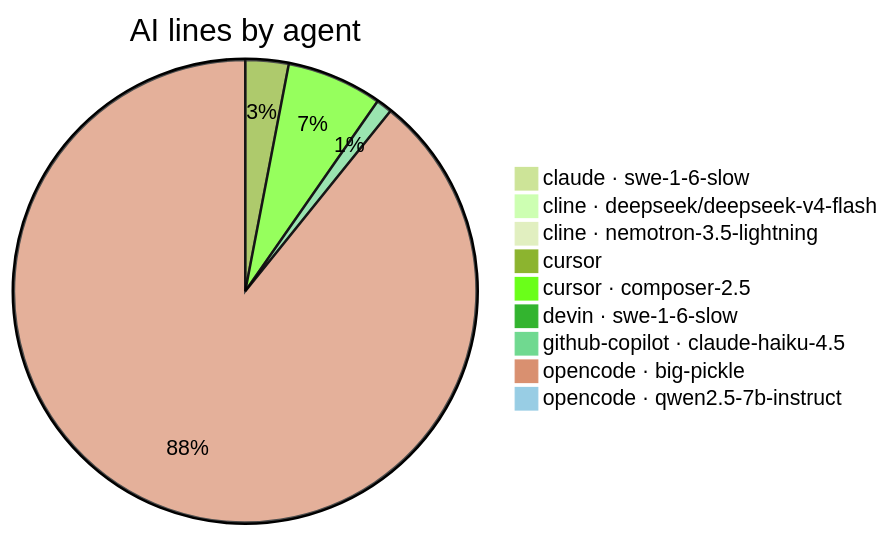
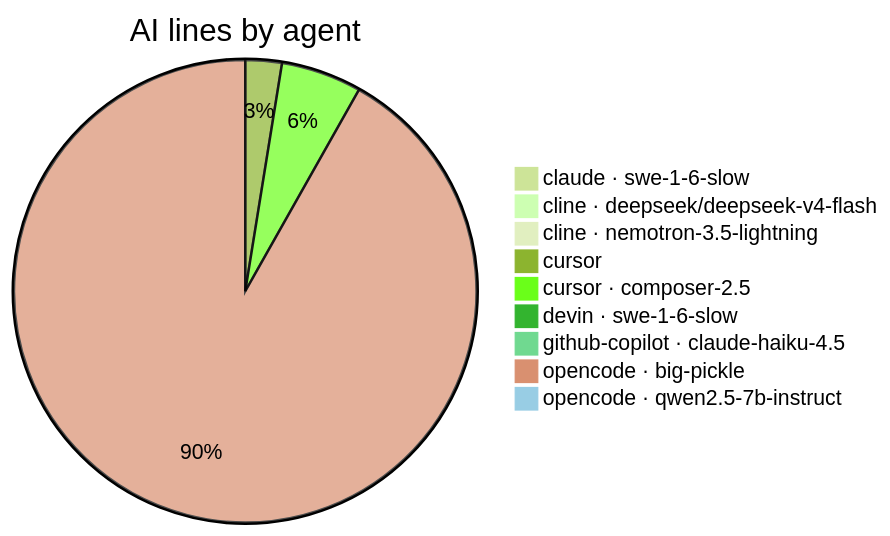
The second of 2 diagrams in AI-AUTHORSHIP.md (CaliMark/game-of-life), drawn with Mermaid (forest theme) before and after one commit. The commit also changed other lines of this file and 1 other file, not shown here.

````diff
--- a/AI-AUTHORSHIP.md
+++ b/AI-AUTHORSHIP.md
@@ -27,12 +30,12 @@
 ```mermaid
 pie title AI lines by agent
     "claude · swe-1-6-slow" : 1
     "cline · deepseek/deepseek-v4-flash" : 1
     "cline · nemotron-3.5-lightning" : 1
     "cursor" : 19
     "cursor · composer-2.5" : 42
     "devin · swe-1-6-slow" : 1
     "github-copilot · claude-haiku-4.5" : 7
-    "opencode · big-pickle" : 562
+    "opencode · big-pickle" : 685
     "opencode · qwen2.5-7b-instruct" : 3
 ```
````
